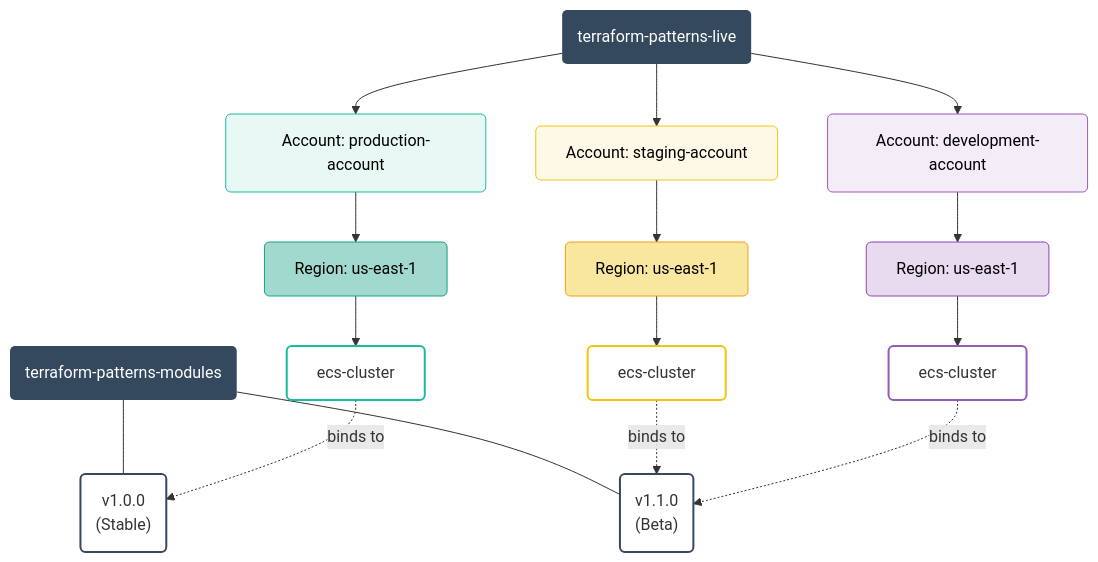
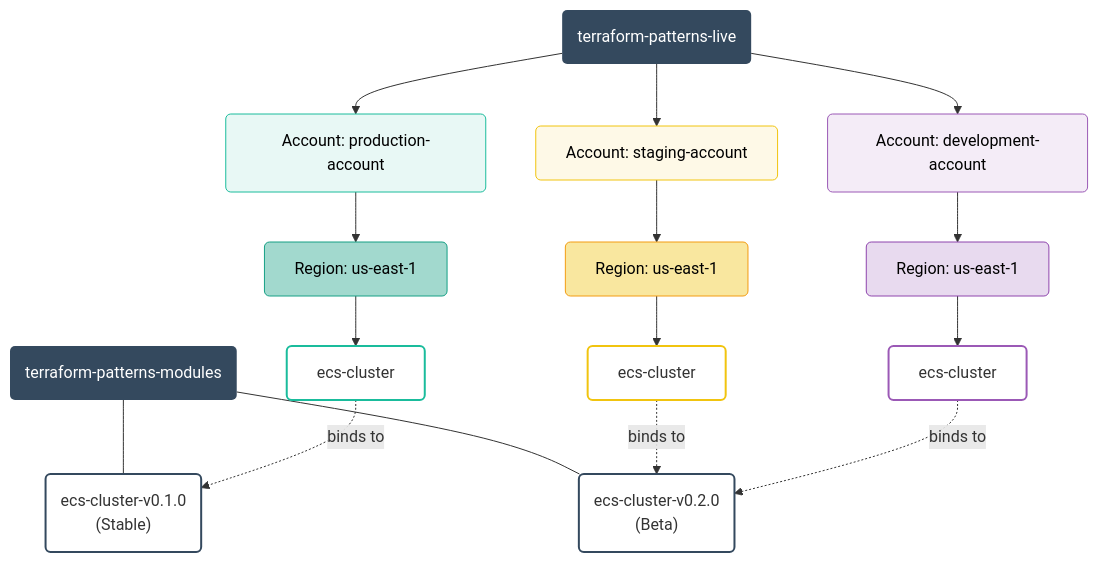
Before and after one commit to salsiy/bohobot: the diagram in content/posts/tech-logs/part-1-split-repository-pattern.md, drawn with Mermaid. The commit also changed other lines of this file, not shown here.

```diff
--- a/content/posts/tech-logs/part-1-split-repository-pattern.md
+++ b/content/posts/tech-logs/part-1-split-repository-pattern.md
@@ -13,45 +13,45 @@
 {{< mermaid >}}
 graph TD
     %% REPOS
     LiveRepo(terraform-patterns-live)
     ModRepo(terraform-patterns-modules)
 
     %% MODULE VERSIONS
-    ModV1("v1.0.0<br/>(Stable)")
-    ModV2("v1.1.0<br/>(Beta)")
+    ModV1("ecs-cluster-v0.1.0<br/>(Stable)")
+    ModV2("ecs-cluster-v0.2.0<br/>(Beta)")
     
     ModRepo --- ModV1
     ModRepo --- ModV2
 
     %% LIVE BRANCH 1: PRODUCTION
     LiveRepo --> ProdAcc[Account: production-account] --> ProdReg[Region: us-east-1] --> ProdApp[ecs-cluster]
     
     %% LIVE BRANCH 2: STAGING
     LiveRepo --> StageAcc[Account: staging-account] --> StageReg[Region: us-east-1] --> StageApp[ecs-cluster]
 
     %% LIVE BRANCH 3: DEV
     LiveRepo --> DevAcc[Account: development-account] --> DevReg[Region: us-east-1] --> DevApp[ecs-cluster]
 
     %% VERSION BINDINGS
     ProdApp -.->|binds to| ModV1
     StageApp -.->|binds to| ModV2
     DevApp -.->|binds to| ModV2
 
     %% STYLING
     style LiveRepo fill:#34495e,color:#fff,stroke-width:0px,rx:5,ry:5
     style ModRepo fill:#34495e,color:#fff,stroke-width:0px,rx:5,ry:5
     style ModV1 fill:#fff,stroke:#34495e,stroke-width:2px,rx:5,ry:5
     style ModV2 fill:#fff,stroke:#34495e,stroke-width:2px,rx:5,ry:5
 
     style ProdAcc fill:#e8f8f5,stroke:#1abc9c,color:#000,rx:5,ry:5
     style ProdReg fill:#a2d9ce,stroke:#16a085,color:#000,rx:5,ry:5
     style ProdApp fill:#fff,stroke:#1abc9c,stroke-width:2px,rx:5,ry:5
 
     style StageAcc fill:#fef9e7,stroke:#f1c40f,color:#000,rx:5,ry:5
     style StageReg fill:#f9e79f,stroke:#f39c12,color:#000,rx:5,ry:5
     style StageApp fill:#fff,stroke:#f1c40f,stroke-width:2px,rx:5,ry:5
 
     style DevAcc fill:#f4ecf7,stroke:#9b59b6,color:#000,rx:5,ry:5
     style DevReg fill:#e8daef,stroke:#8e44ad,color:#000,rx:5,ry:5
     style DevApp fill:#fff,stroke:#9b59b6,stroke-width:2px,rx:5,ry:5
 {{< /mermaid >}}
```
